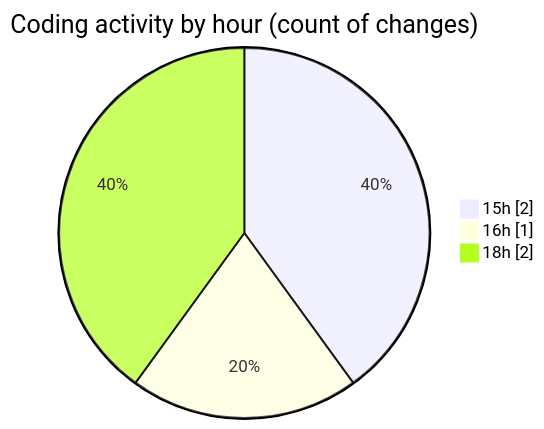
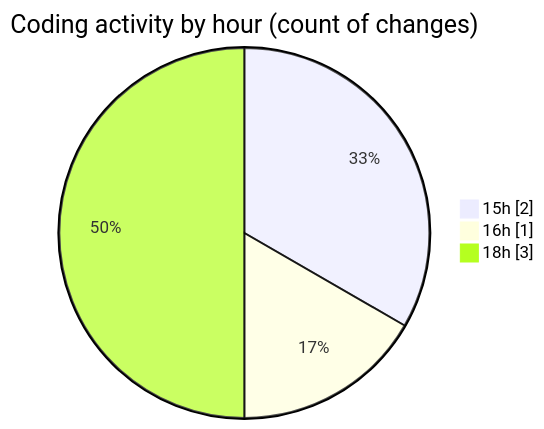
The second of 2 diagrams in 2025-07-24/uc/README.md (EIIisD/code-tracking), drawn with Mermaid before and after one commit. The commit also changed other lines of this file and 1 other file, not shown here.

````diff
--- a/2025-07-24/uc/README.md
+++ b/2025-07-24/uc/README.md
@@ -33,7 +34,7 @@
 ```mermaid
 pie showData
 title Coding activity by hour (count of changes)
 "15h" : 2
 "16h" : 1
-"18h" : 2
+"18h" : 3
 ```
````
